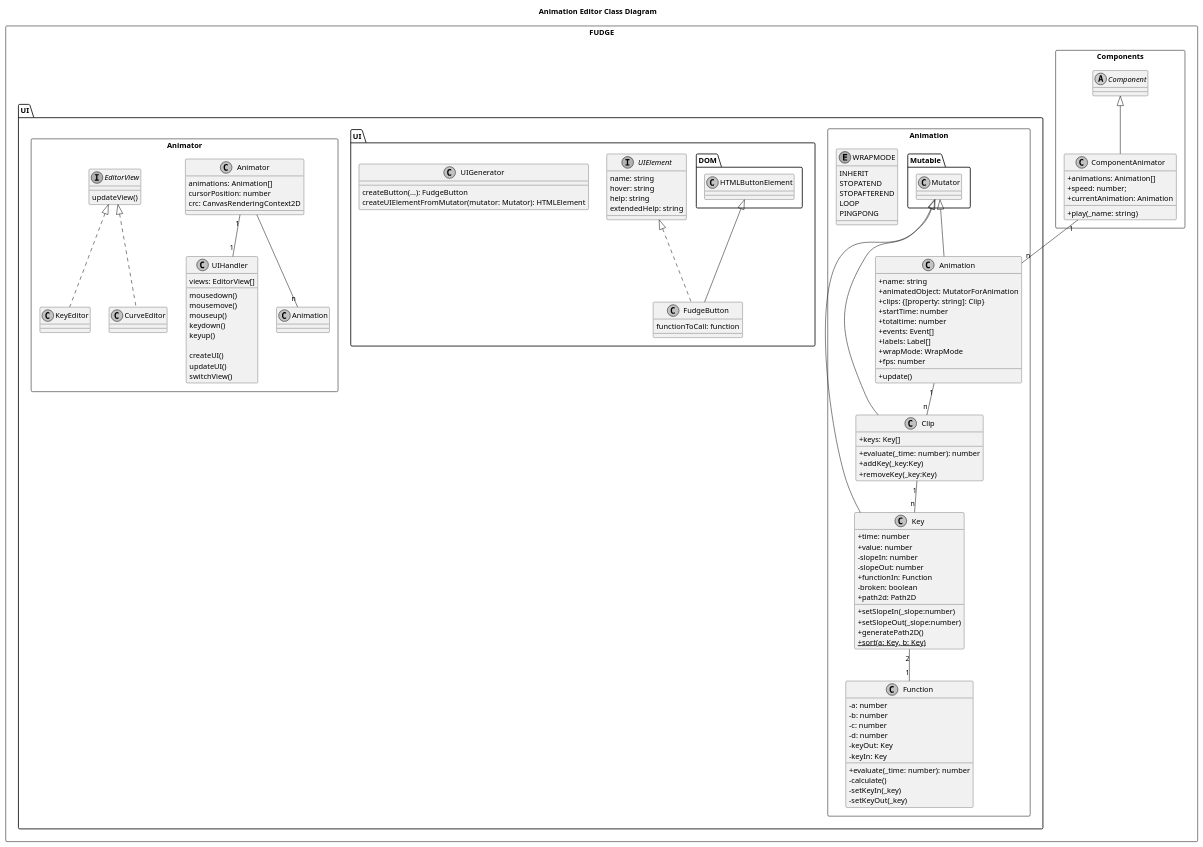
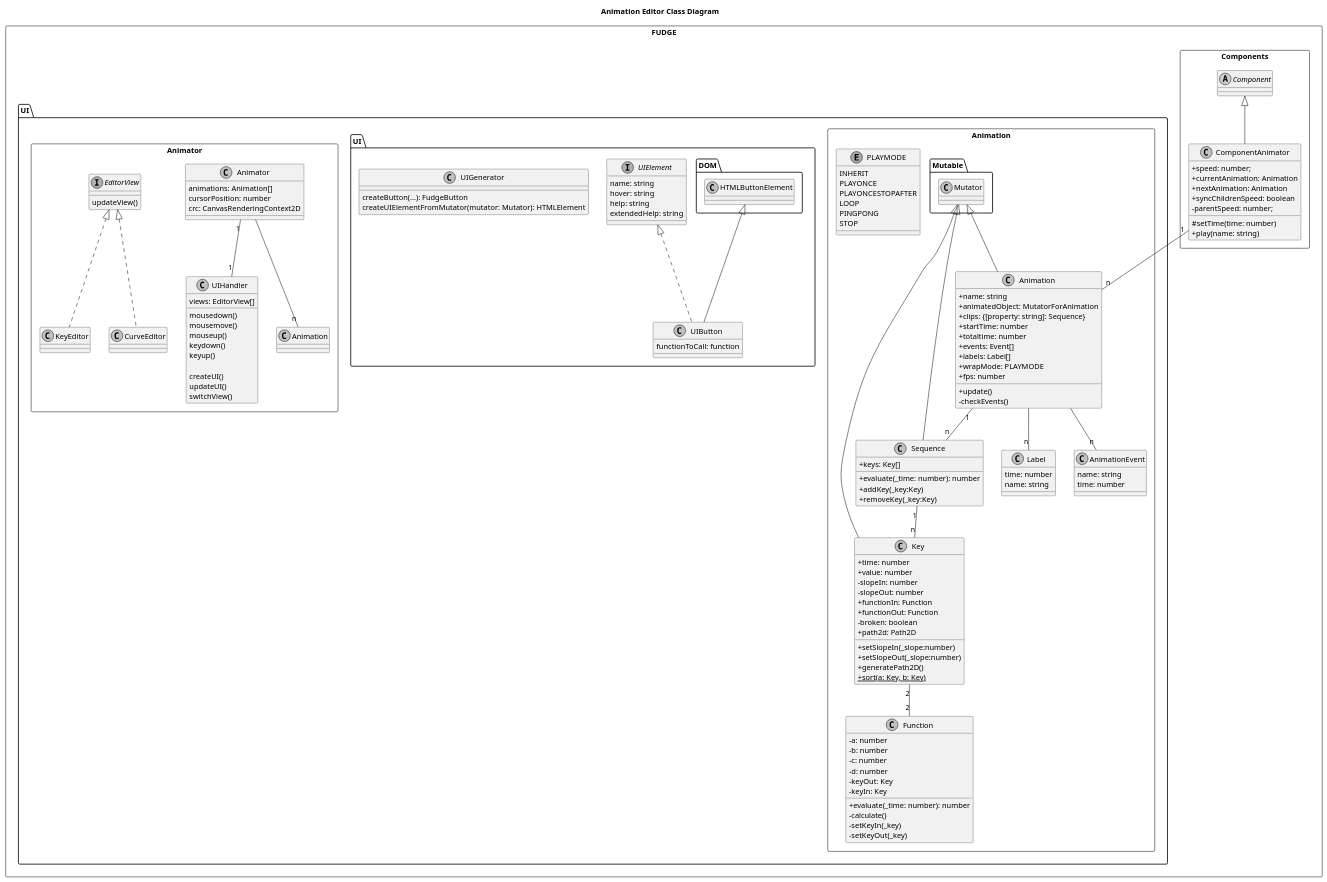
The diagram in Experiments/Lukas/Animator/concept/Classes.puml (JirkaDellOro/FUDGE), drawn with PlantUML before and after one commit. The commit also changed 3 other files, not shown here.

```diff
--- a/Experiments/Lukas/Animator/concept/Classes.puml
+++ b/Experiments/Lukas/Animator/concept/Classes.puml
@@ -1,143 +1,161 @@
 @startuml Animation Editor Class Diagram
 skinparam monochrome true
 skinparam componentStyle uml2
 skinparam classAttributeIconSize 0
 skinparam shadowing false
 skinparam handwritten false
 
 title Animation Editor Class Diagram
 
 ' left to right direction
 package FUDGE <<Rectangle>> {
 	package Components <<Rectangle>> {
 		abstract Component {
 
 		}
 		class ComponentAnimator extends Component{
-			+ animations: Animation[]
 			+ speed: number;
 			+ currentAnimation: Animation
-			+ play(_name: string)
+			+ nextAnimation: Animation
+			+ syncChildrenSpeed: boolean
+			- parentSpeed: number;
+			# setTime(time: number)
+			+ play(name: string)
 		}
 	}
 
 	package UI {
 		package UI {
 		interface UIElement{
 			name: string
 			hover: string
 			help: string
 			extendedHelp: string
 			' element: HTMLElement
 		}
-		class FudgeButton extends DOM.HTMLButtonElement implements UIElement {
+		class UIButton extends DOM.HTMLButtonElement implements UIElement {
 			functionToCall: function
 		}
 
 		class UIGenerator {
 			createButton(...): FudgeButton
 			createUIElementFromMutator(mutator: Mutator): HTMLElement
 		}
 	}
 
 	package Animation <<Rectangle>> {
 
-
 		class Animation extends Mutable.Mutator{
 			+ name: string
 			+ animatedObject: MutatorForAnimation
-			+ clips: {[property: string]: Clip}
+			+ clips: {[property: string]: Sequence}
 			+ startTime: number
 			+ totaltime: number
 			+ events: Event[]
 			+ labels: Label[]
-			+ wrapMode: WrapMode
+			+ wrapMode: PLAYMODE
 			+ fps: number
 			+ update()
+			- checkEvents()
 		}
 
-		class Clip extends Mutable.Mutator {
+		class Sequence extends Mutable.Mutator {
 			+ keys: Key[]
 			+ evaluate(_time: number): number
 			+ addKey(_key:Key)
 			+ removeKey(_key:Key)
 		}
 
 		class Key extends Mutable.Mutator {
 			+ time: number
 			+ value: number
 			- slopeIn: number
 			- slopeOut: number
 			+ functionIn: Function
+			+ functionOut: Function
 			- broken: boolean
 			+ path2d: Path2D
 			+ setSlopeIn(_slope:number)
 			+ setSlopeOut(_slope:number)
 			+ generatePath2D()
 			{static} + sort(a: Key, b: Key)
 		}
 
 		class Function {
 			- a: number
 			- b: number
 			- c: number
 			- d: number
 			- keyOut: Key
 			- keyIn: Key
 			+ evaluate(_time: number): number
 			- calculate()
 			- setKeyIn(_key)
 			- setKeyOut(_key)
 		}
 
-		enum WRAPMODE{
+		enum PLAYMODE{
 			INHERIT
-			STOPATEND
-			STOPAFTEREND
+			PLAYONCE
+			PLAYONCESTOPAFTER
 			LOOP
 			PINGPONG
+			STOP
 		}
+
+		class Label {
+			time: number
+			name: string
+		}
+
+		class AnimationEvent {
+			name: string
+			time: number
+		}
+
 		' Associations
 		ComponentAnimator "1" -- "n" Animation
-		Animation "1" -- "n" Clip
-		Clip "1" -- "n" Key
-		Key "2" -- "1" Function	
+		Animation "1" -- "n" Sequence
+		Sequence "1" -- "n" Key
+		Key "2" -- "2" Function	
+		Animation -- "n" AnimationEvent
+		Animation -- "n" Label
 	}
 	package Animator <<Rectangle>> {
 		class Animator {
 			animations: Animation[]
 			cursorPosition: number
 			crc: CanvasRenderingContext2D
 
 		}
 
 		class UIHandler {
 			views: EditorView[]
 			mousedown()
 			mousemove()
 			mouseup()
 			keydown()
 			keyup()
 			
 			createUI()
 			updateUI()
 			switchView()
 		}
 
 		interface EditorView{
 			updateView()
 		}
 		class KeyEditor implements EditorView {
 		
 		}
 		 
 		class CurveEditor implements EditorView {
 		
 		}
 		
 		' Associations
 		Animator -- "n" Animation
 		Animator "1" -- "1" UIHandler
 	}
 }
 @enduml
```
